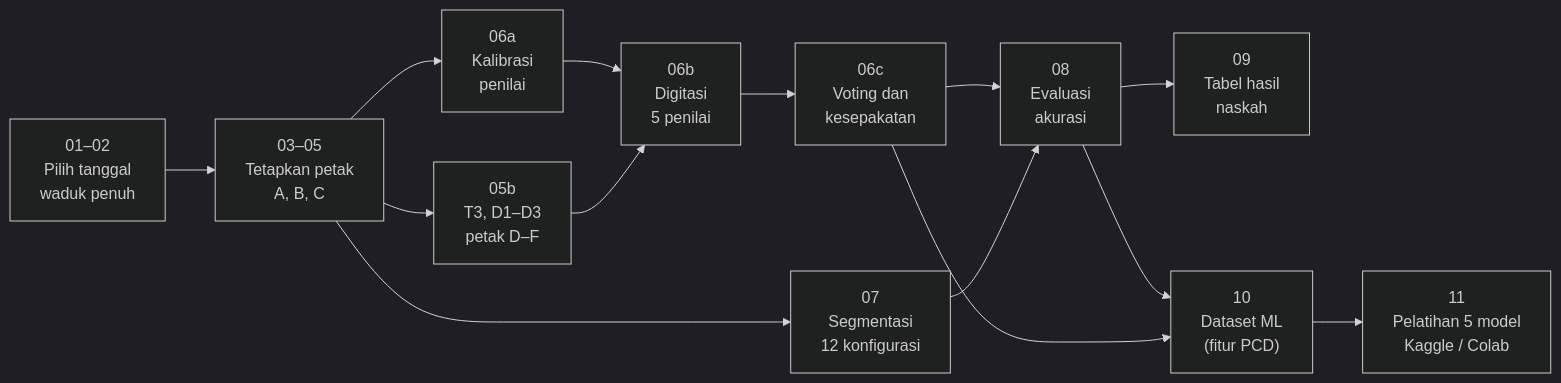
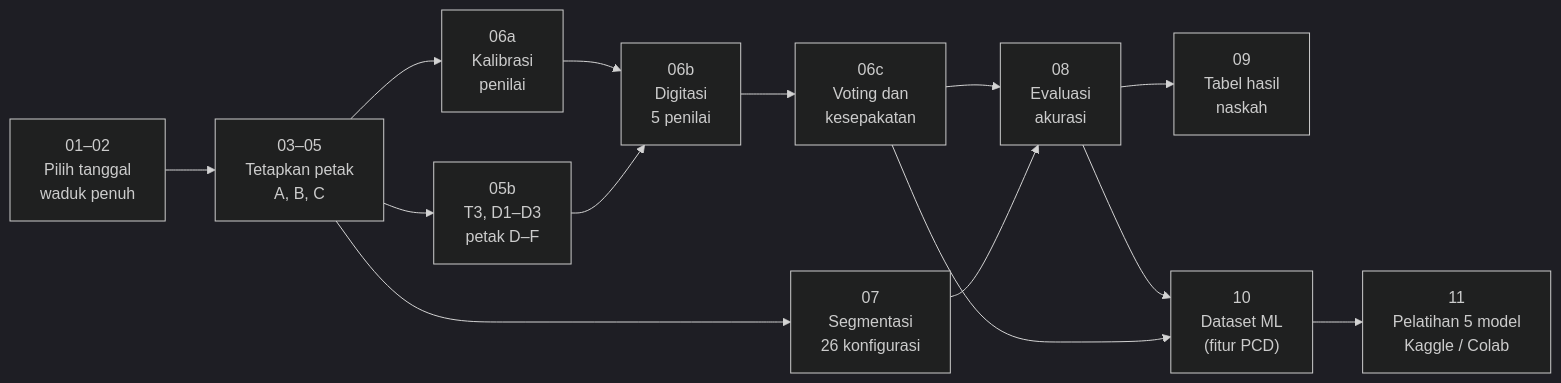
The diagram in README.md (praditamaaa/saguling-water-classification), drawn with Mermaid (dark theme) before and after one commit. The commit also changed other lines of this file and 17 other files, not shown here.

````diff
--- a/README.md
+++ b/README.md
@@ -35,16 +35,16 @@
 ```mermaid
 flowchart LR
   A["01–02<br/>Pilih tanggal<br/>waduk penuh"] --> B["03–05<br/>Tetapkan petak<br/>A, B, C"]
   B --> C["06a<br/>Kalibrasi<br/>penilai"]
   C --> D["06b<br/>Digitasi<br/>5 penilai"]
   D --> E["06c<br/>Voting dan<br/>kesepakatan"]
-  B --> F["07<br/>Segmentasi<br/>12 konfigurasi"]
+  B --> F["07<br/>Segmentasi<br/>26 konfigurasi"]
   E --> G["08<br/>Evaluasi<br/>akurasi"]
   F --> G
   G --> H["09<br/>Tabel hasil<br/>naskah"]
   B --> T["05b<br/>T3, D1–D3<br/>petak D–F"]
   T --> D
   G --> J["10<br/>Dataset ML<br/>(fitur PCD)"]
   E --> J
   J --> K["11<br/>Pelatihan 5 model<br/>Kaggle / Colab"]
 ```
````
